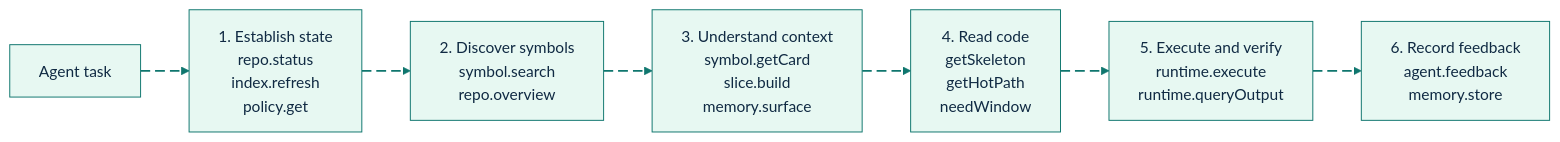
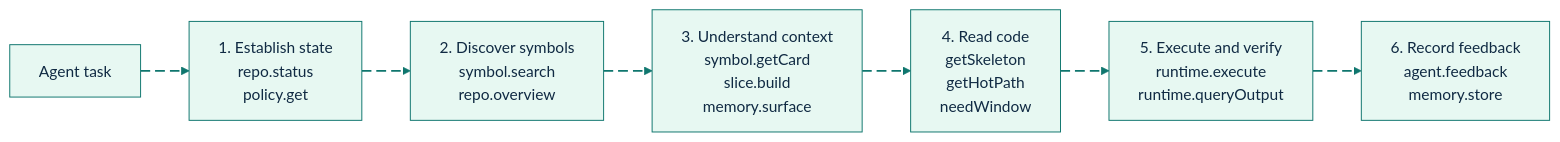
The diagram in docs/agent-workflows.md (ClawfficeOrg/sdl-mcp), drawn with Mermaid before and after one commit. The commit also changed other lines of this file and 17 other files, not shown here.

Commit message:
Require explicit approval before index refresh

````diff
--- a/docs/agent-workflows.md
+++ b/docs/agent-workflows.md
@@ -23,27 +23,27 @@
 ```mermaid
 %%{init: {"theme":"base","themeVariables":{"background":"#ffffff","primaryColor":"#E7F8F2","primaryBorderColor":"#0F766E","primaryTextColor":"#102A43","secondaryColor":"#E8F1FF","secondaryBorderColor":"#2563EB","secondaryTextColor":"#102A43","tertiaryColor":"#FFF4D6","tertiaryBorderColor":"#B45309","tertiaryTextColor":"#102A43","lineColor":"#0F766E","textColor":"#102A43","fontFamily":"Inter, ui-sans-serif, system-ui, -apple-system, BlinkMacSystemFont, Segoe UI, sans-serif"},"flowchart":{"curve":"basis","htmlLabels":true}}}%%
 flowchart LR
     Task["Agent task"]
-    State["1. Establish state<br/>repo.status<br/>index.refresh<br/>policy.get"]
+    State["1. Establish state<br/>repo.status<br/>policy.get"]
     Discover["2. Discover symbols<br/>symbol.search<br/>repo.overview"]
     Understand["3. Understand context<br/>symbol.getCard<br/>slice.build<br/>memory.surface"]
     Read["4. Read code<br/>getSkeleton<br/>getHotPath<br/>needWindow"]
     Execute["5. Execute and verify<br/>runtime.execute<br/>runtime.queryOutput"]
     Record["6. Record feedback<br/>agent.feedback<br/>memory.store"]
 
     Task e1@--> State
     State e2@--> Discover
     Discover e3@--> Understand
     Understand e4@--> Read
     Read e5@--> Execute
     Execute e6@--> Record
 
     classDef source fill:#E7F8F2,stroke:#0F766E,stroke-width:2px,color:#102A43;
     classDef process fill:#E8F1FF,stroke:#2563EB,stroke-width:2px,color:#102A43;
     classDef decision fill:#FFF4D6,stroke:#B45309,stroke-width:2px,color:#102A43;
     classDef storage fill:#F2E8FF,stroke:#7C3AED,stroke-width:2px,color:#102A43;
     classDef output fill:#FFE8EF,stroke:#BE123C,stroke-width:2px,color:#102A43;
     classDef muted fill:#F8FAFC,stroke:#64748B,stroke-width:1px,color:#102A43;
     classDef animate stroke:#0F766E,stroke-width:2px,stroke-dasharray:10\,5,stroke-dashoffset:900,animation:dash 22s linear infinite;
     class e1,e2,e3,e4,e5,e6 animate;
 ```
````
